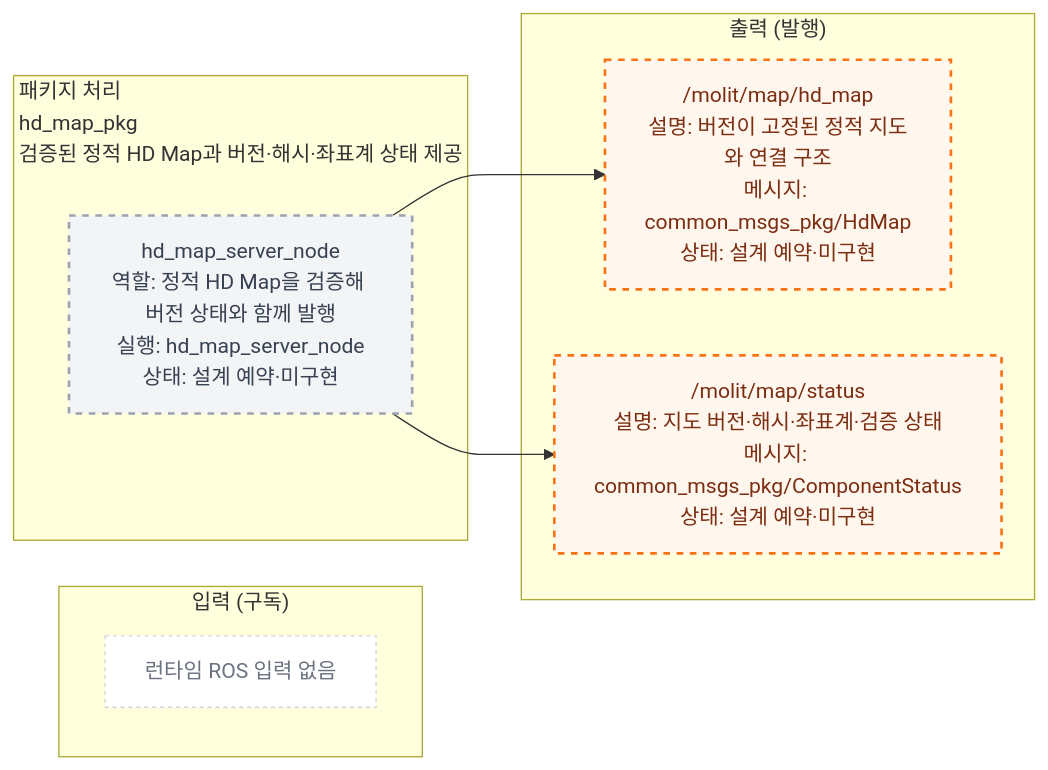
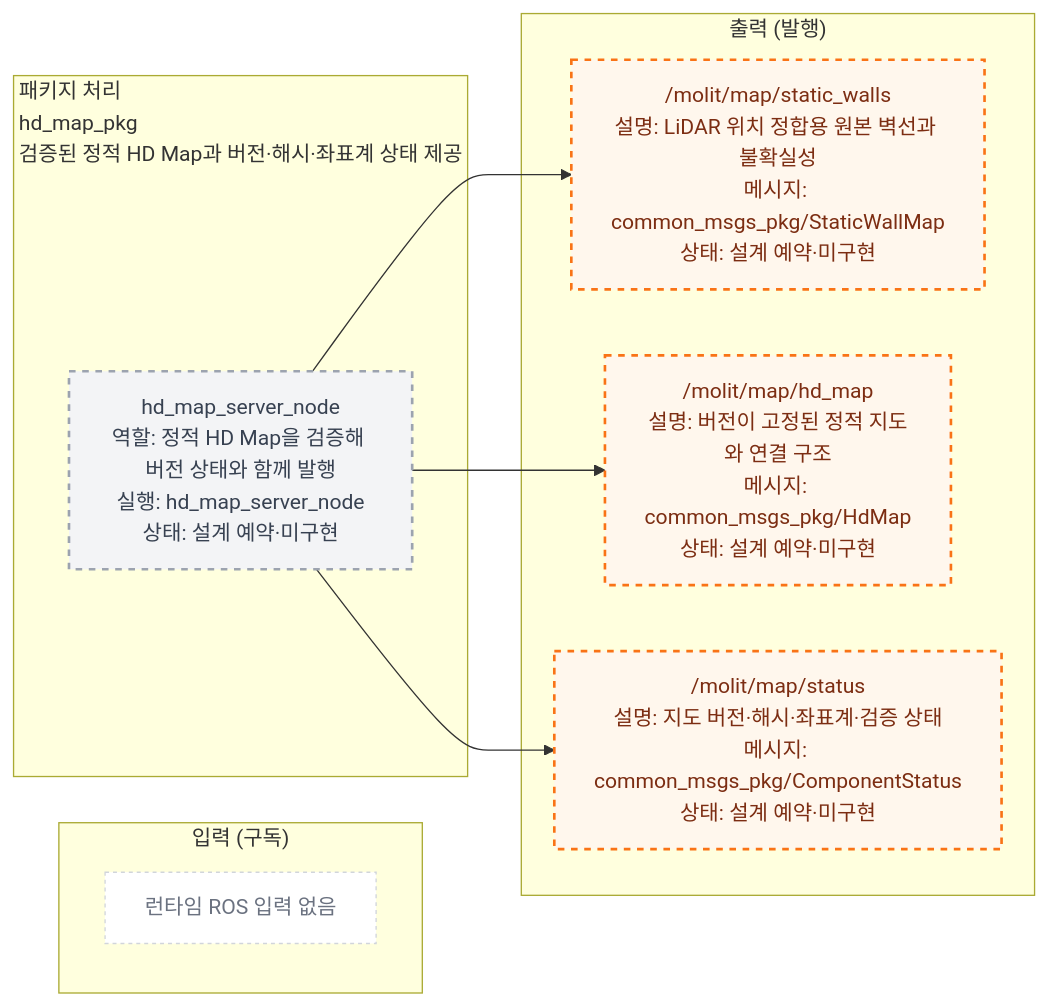
One commit to Team-Stier/Morai_Sim_team2 changed the diagram in src/hd_map_pkg/docs/interface_io.mmd. Above: the diagram before and after it, drawn with Mermaid. The commit also changed 42 other files, not shown here.

```diff
--- a/src/hd_map_pkg/docs/interface_io.mmd
+++ b/src/hd_map_pkg/docs/interface_io.mmd
@@ -1,28 +1,31 @@
 %% AUTO-GENERATED by ros_architecture_pkg/scripts/generate_interface_diagrams.py. DO NOT EDIT.
 %% Source of truth: ros_architecture_pkg/config/interface_contract.yaml
 flowchart LR
     classDef liveNode fill:#dcfce7,color:#14532d,stroke:#16a34a,stroke-width:2px;
     classDef reservedNode fill:#f3f4f6,color:#374151,stroke:#9ca3af,stroke-width:2px,stroke-dasharray: 5 5;
     classDef liveTopic fill:#dbeafe,color:#172554,stroke:#2563eb,stroke-width:2px;
     classDef reservedTopic fill:#fff7ed,color:#7c2d12,stroke:#f97316,stroke-width:2px,stroke-dasharray: 5 5;
     classDef emptyPort fill:#ffffff,color:#6b7280,stroke:#d1d5db,stroke-dasharray: 3 3;
     classDef externalEndpoint fill:#f3e8ff,color:#581c87,stroke:#9333ea,stroke-width:3px;
 
     subgraph INPUTS["입력 (구독)"]
         no_inputs["런타임 ROS 입력 없음"]
         class no_inputs emptyPort;
     end
     subgraph PACKAGE["패키지 처리<br/>hd_map_pkg<br/>검증된 정적 HD Map과 버전·해시·좌표계 상태 제공"]
         local_node_000["hd_map_server_node<br/>역할: 정적 HD Map을 검증해 버전 상태와 함께 발행<br/>실행: hd_map_server_node<br/>상태: 설계 예약·미구현"]
     end
     subgraph OUTPUTS["출력 (발행)"]
-        output_000["/molit/map/hd_map<br/>설명: 버전이 고정된 정적 지도와 연결 구조<br/>메시지: common_msgs_pkg/HdMap<br/>상태: 설계 예약·미구현"]
-        output_001["/molit/map/status<br/>설명: 지도 버전·해시·좌표계·검증 상태<br/>메시지: common_msgs_pkg/ComponentStatus<br/>상태: 설계 예약·미구현"]
+        output_000["/molit/map/static_walls<br/>설명: LiDAR 위치 정합용 원본 벽선과 불확실성<br/>메시지: common_msgs_pkg/StaticWallMap<br/>상태: 설계 예약·미구현"]
+        output_001["/molit/map/hd_map<br/>설명: 버전이 고정된 정적 지도와 연결 구조<br/>메시지: common_msgs_pkg/HdMap<br/>상태: 설계 예약·미구현"]
+        output_002["/molit/map/status<br/>설명: 지도 버전·해시·좌표계·검증 상태<br/>메시지: common_msgs_pkg/ComponentStatus<br/>상태: 설계 예약·미구현"]
     end
 
     local_node_000 --> output_000
     local_node_000 --> output_001
+    local_node_000 --> output_002
 
     class local_node_000 reservedNode;
     class output_000 reservedTopic;
     class output_001 reservedTopic;
+    class output_002 reservedTopic;
```
